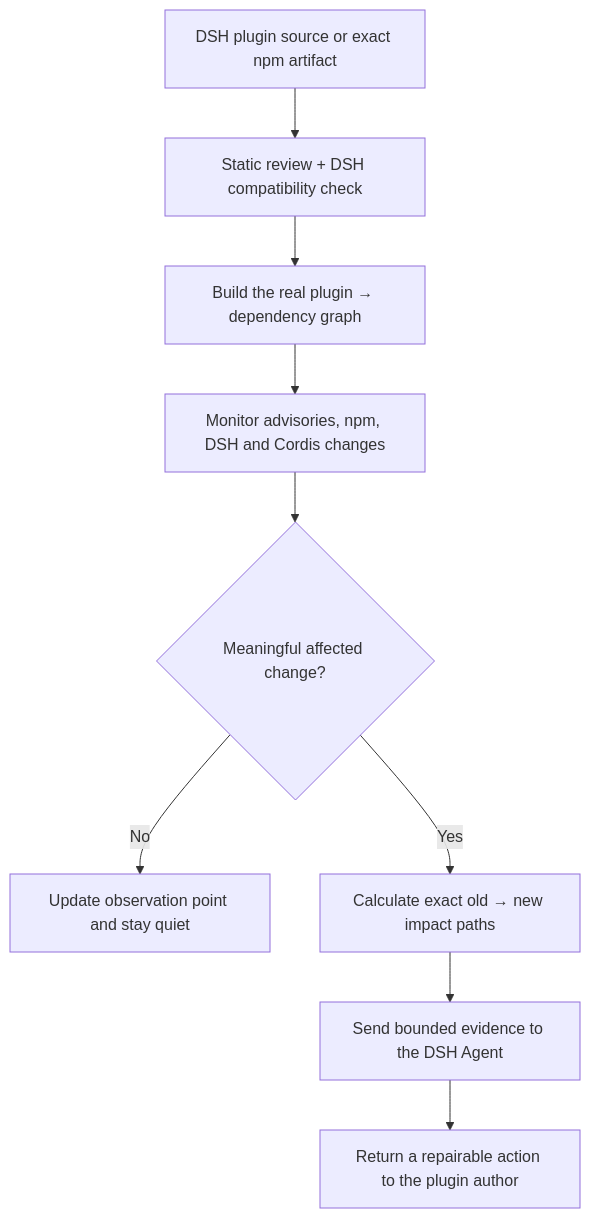
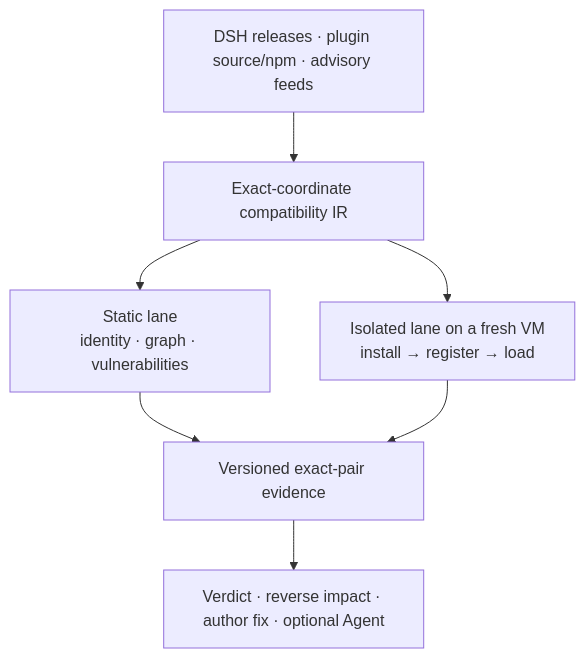
One commit to MicroMilo/upstream-radar changed the diagram in README.md. Above: the diagram before and after it, drawn with Mermaid. The commit also changed other lines of this file, not shown here.

First line of the commit message:
docs: sharpen the compatibility evidence story (#68)

````diff
--- a/README.md
+++ b/README.md
@@ -22,11 +24,9 @@
 ```mermaid
-flowchart TD
-  A["DSH plugin source or exact npm artifact"] --> B["Static review + DSH compatibility check"]
-  B --> C["Build the real plugin → dependency graph"]
-  C --> D["Monitor advisories, npm, DSH and Cordis changes"]
-  D --> E{"Meaningful affected change?"}
-  E -- "No" --> F["Update observation point and stay quiet"]
-  E -- "Yes" --> G["Calculate exact old → new impact paths"]
-  G --> H["Send bounded evidence to the DSH Agent"]
-  H --> I["Return a repairable action to the plugin author"]
+flowchart TB
+  Input["DSH releases · plugin source/npm · advisory feeds"] --> IR["Exact-coordinate compatibility IR"]
+  IR --> Static["Static lane<br/>identity · graph · vulnerabilities"]
+  IR --> Runtime["Isolated lane on a fresh VM<br/>install → register → load"]
+  Static --> Evidence["Versioned exact-pair evidence"]
+  Runtime --> Evidence
+  Evidence --> Action["Verdict · reverse impact · author fix · optional Agent"]
 ```
````
